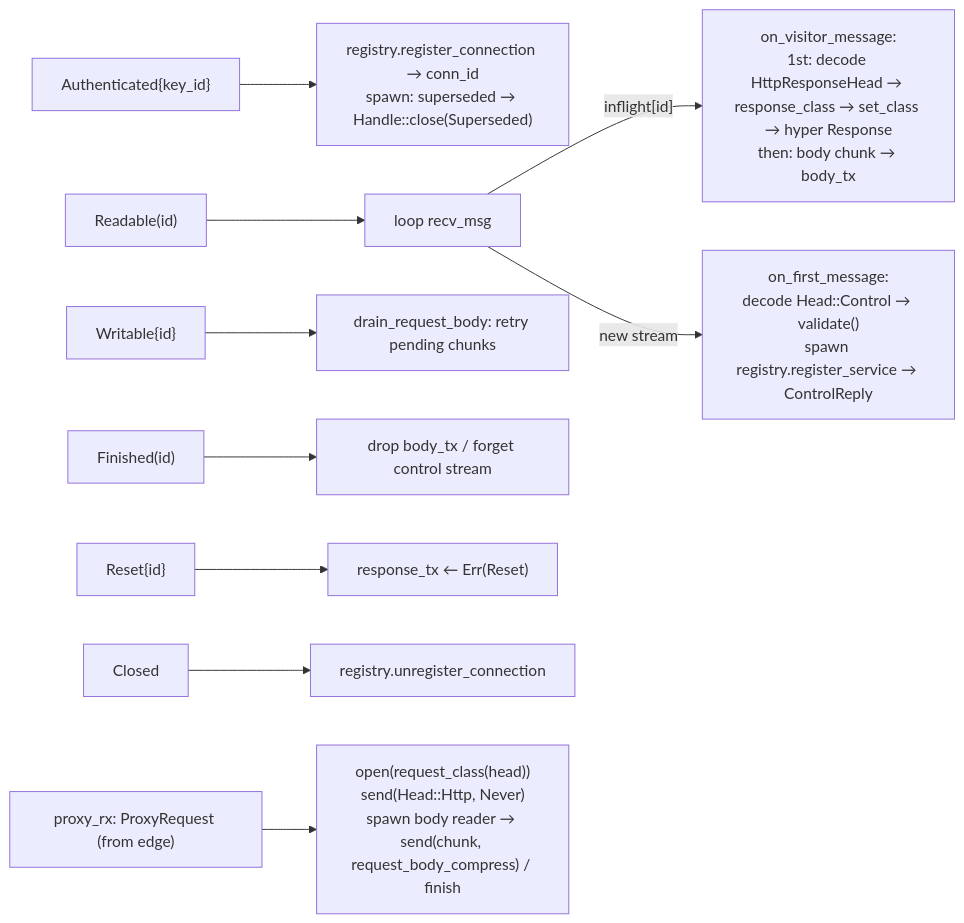
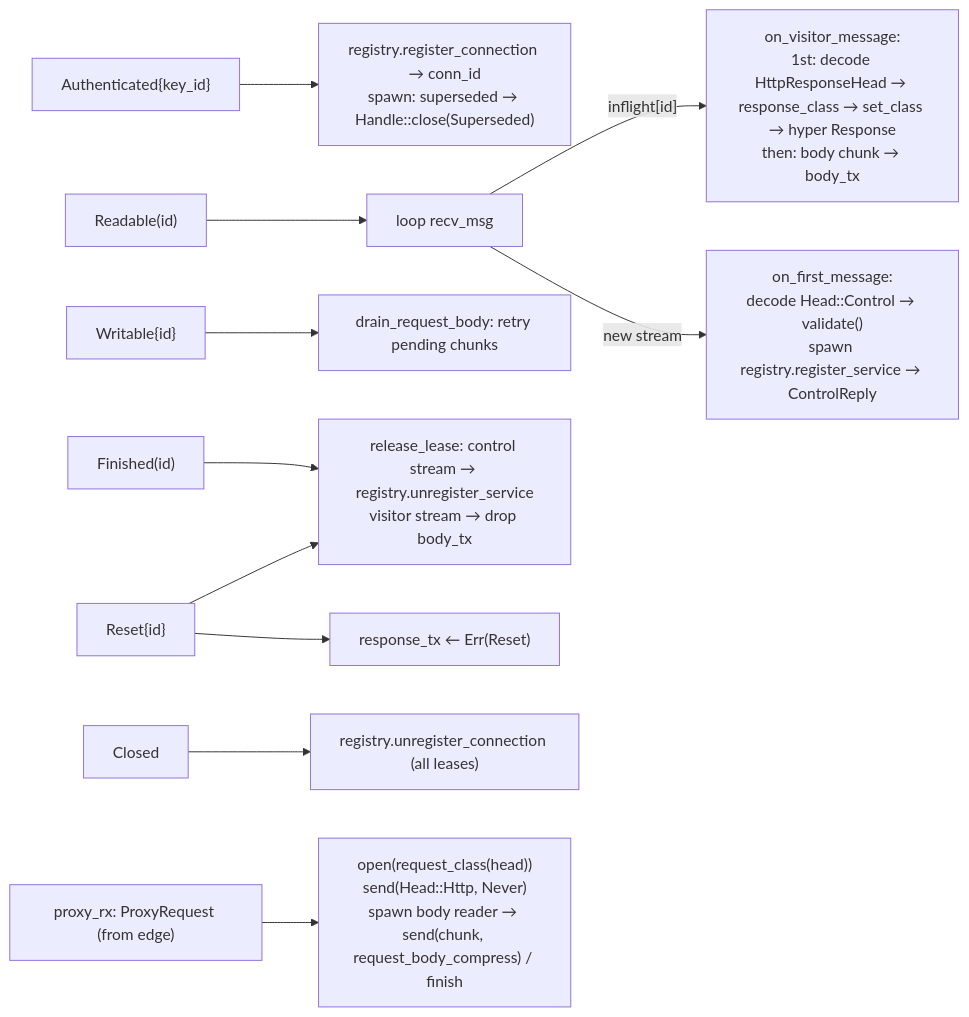
Before and after one commit to OffworldNexus/tunnel-weaver: diagram 11 of 13 in docs/architecture.md, drawn with Mermaid. The commit also changed other lines of this file and 23 other files, not shown here.

````diff
--- a/docs/architecture.md
+++ b/docs/architecture.md
@@ -416,12 +417,13 @@
 ```mermaid
 flowchart LR
     Auth["Authenticated{key_id}"] --> reg["registry.register_connection → conn_id<br/>spawn: superseded → Handle::close(Superseded)"]
     Rd["Readable(id)"] --> loop["loop recv_msg"]
     loop -- "inflight[id]" --> vm["on_visitor_message:<br/>1st: decode HttpResponseHead → response_class → set_class → hyper Response<br/>then: body chunk → body_tx"]
     loop -- "new stream" --> fm["on_first_message:<br/>decode Head::Control → validate()<br/>spawn registry.register_service → ControlReply"]
     Wr["Writable{id}"] --> drain["drain_request_body: retry pending chunks"]
-    Fin["Finished(id)"] --> dropb["drop body_tx / forget control stream"]
-    Rs["Reset{id}"] --> err["response_tx ← Err(Reset)"]
-    Cl["Closed"] --> unreg["registry.unregister_connection"]
+    Fin["Finished(id)"] --> lease["release_lease: control stream → registry.unregister_service<br/>visitor stream → drop body_tx"]
+    Rs["Reset{id}"] --> lease
+    Rs --> err["response_tx ← Err(Reset)"]
+    Cl["Closed"] --> unreg["registry.unregister_connection (all leases)"]
     prx["proxy_rx: ProxyRequest (from edge)"] --> op["open(request_class(head))<br/>send(Head::Http, Never)<br/>spawn body reader → send(chunk, request_body_compress) / finish"]
 ```
````
